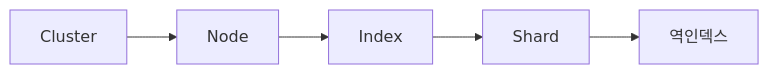
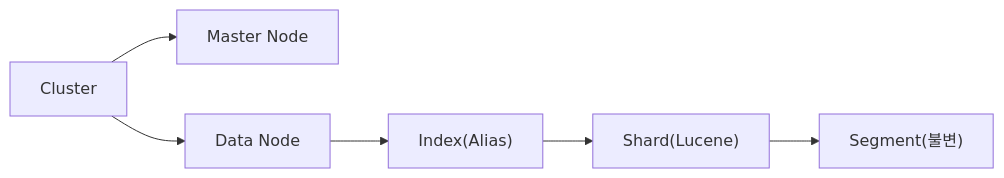
One commit to yjkim2015/yjkim2015.github.io changed the sixth of 6 diagrams in _posts/nosql/2026-05-03-elasticsearch-deep.md. Above: the diagram before and after it, drawn with Mermaid. The commit also changed other lines of this file and 4 other files, not shown here.

````diff
--- a/_posts/nosql/2026-05-03-elasticsearch-deep.md
+++ b/_posts/nosql/2026-05-03-elasticsearch-deep.md
@@ -776,7 +1346,8 @@
 ```mermaid
 graph LR
-    CL["Cluster"] --> N["Node"]
-    N --> IDX["Index"]
-    IDX --> SH["Shard"]
-    SH --> II["역인덱스"]
+    CL["Cluster"] --> MASTER["Master Node"]
+    CL --> DATA["Data Node"]
+    DATA --> IDX["Index(Alias)"]
+    IDX --> SHARD["Shard(Lucene)"]
+    SHARD --> SEG["Segment(불변)"]
 ```
````
